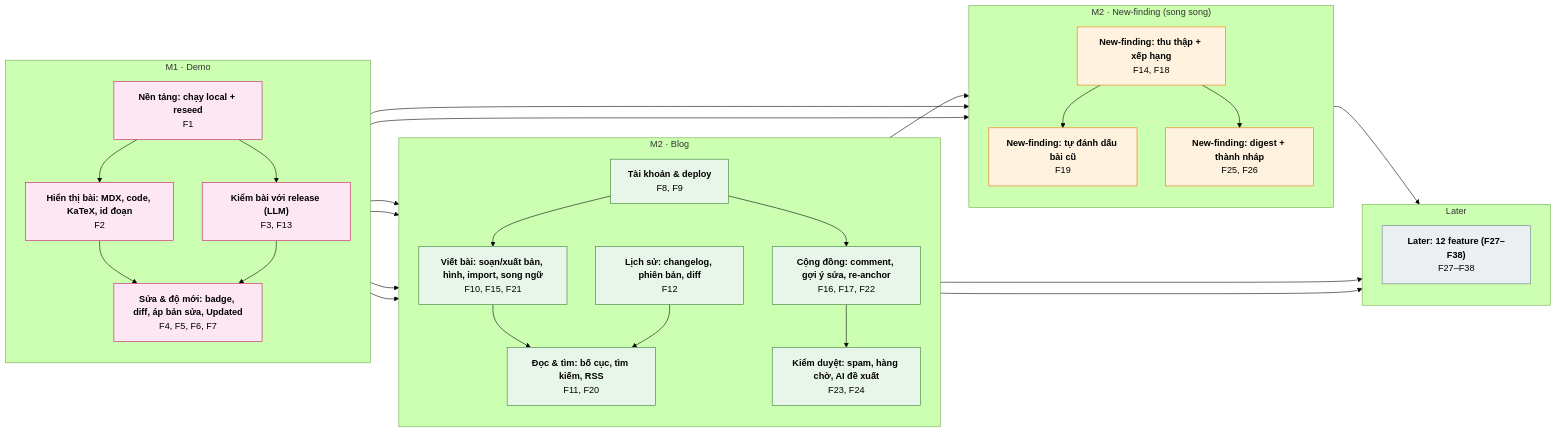
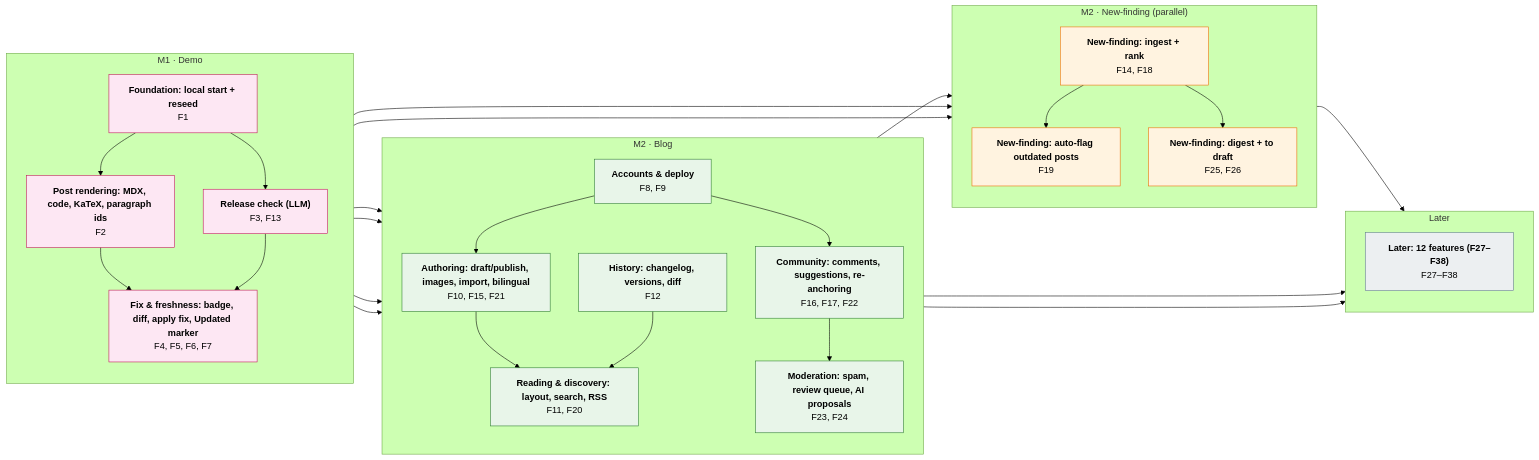
One commit to hoangphu7122002/demo-idea-v2 changed the diagram in scope/2026-10-05-tech-blog-correctness/roadmap.md. Above: the diagram before and after it, drawn with Mermaid (forest theme). The commit also changed other lines of this file, not shown here.

Commit message:
docs(roadmap): cluster labels in English

````diff
--- a/scope/2026-10-05-tech-blog-correctness/roadmap.md
+++ b/scope/2026-10-05-tech-blog-correctness/roadmap.md
@@ -303,58 +303,58 @@
 ```mermaid
 flowchart LR
   subgraph M1["M1 · Demo"]
     direction TB
-    C1["<b>Nền tảng: chạy local + reseed</b><br/>F1"]
-    C2["<b>Hiển thị bài: MDX, code, KaTeX, id đoạn</b><br/>F2"]
-    C3["<b>Kiểm bài với release (LLM)</b><br/>F3, F13"]
-    C4["<b>Sửa & độ mới: badge, diff, áp bản sửa, Updated</b><br/>F4, F5, F6, F7"]
+    C1["<b>Foundation: local start + reseed</b><br/>F1"]
+    C2["<b>Post rendering: MDX, code, KaTeX, paragraph ids</b><br/>F2"]
+    C3["<b>Release check (LLM)</b><br/>F3, F13"]
+    C4["<b>Fix & freshness: badge, diff, apply fix, Updated marker</b><br/>F4, F5, F6, F7"]
   end
   subgraph M2["M2 · Blog"]
     direction TB
-    C5["<b>Tài khoản & deploy</b><br/>F8, F9"]
-    C6["<b>Viết bài: soạn/xuất bản, hình, import, song ngữ</b><br/>F10, F15, F21"]
-    C7["<b>Đọc & tìm: bố cục, tìm kiếm, RSS</b><br/>F11, F20"]
-    C8["<b>Lịch sử: changelog, phiên bản, diff</b><br/>F12"]
-    C9["<b>Cộng đồng: comment, gợi ý sửa, re-anchor</b><br/>F16, F17, F22"]
-    C10["<b>Kiểm duyệt: spam, hàng chờ, AI đề xuất</b><br/>F23, F24"]
+    C5["<b>Accounts & deploy</b><br/>F8, F9"]
+    C6["<b>Authoring: draft/publish, images, import, bilingual</b><br/>F10, F15, F21"]
+    C7["<b>Reading & discovery: layout, search, RSS</b><br/>F11, F20"]
+    C8["<b>History: changelog, versions, diff</b><br/>F12"]
+    C9["<b>Community: comments, suggestions, re-anchoring</b><br/>F16, F17, F22"]
+    C10["<b>Moderation: spam, review queue, AI proposals</b><br/>F23, F24"]
   end
-  subgraph NF["M2 · New-finding (song song)"]
+  subgraph NF["M2 · New-finding (parallel)"]
     direction TB
-    C11["<b>New-finding: thu thập + xếp hạng</b><br/>F14, F18"]
-    C12["<b>New-finding: tự đánh dấu bài cũ</b><br/>F19"]
-    C13["<b>New-finding: digest + thành nháp</b><br/>F25, F26"]
+    C11["<b>New-finding: ingest + rank</b><br/>F14, F18"]
+    C12["<b>New-finding: auto-flag outdated posts</b><br/>F19"]
+    C13["<b>New-finding: digest + to draft</b><br/>F25, F26"]
   end
   subgraph LATER["Later"]
     direction TB
-    C14["<b>Later: 12 feature (F27–F38)</b><br/>F27–F38"]
+    C14["<b>Later: 12 features (F27–F38)</b><br/>F27–F38"]
   end
   C1 --> C2
   C1 --> C3
   C1 --> C5
   C1 --> C11
   C2 --> C4
   C2 --> C6
   C3 --> C4
   C3 --> C12
   C4 --> C8
   C4 --> C9
   C5 --> C6
   C5 --> C9
   C6 --> C7
   C6 --> C13
   C7 --> C14
   C8 --> C7
   C9 --> C10
   C10 --> C14
   C11 --> C12
   C11 --> C13
   C12 --> C14
   classDef m1 fill:#fde7f3,stroke:#c2185b
   classDef m2 fill:#e8f5e9,stroke:#2e7d32
   classDef nf fill:#fff3e0,stroke:#ef6c00
   classDef later fill:#eceff1,stroke:#607d8b
   class C1,C2,C3,C4 m1
   class C5,C6,C7,C8,C9,C10 m2
   class C11,C12,C13 nf
   class C14 later
 ```
````
